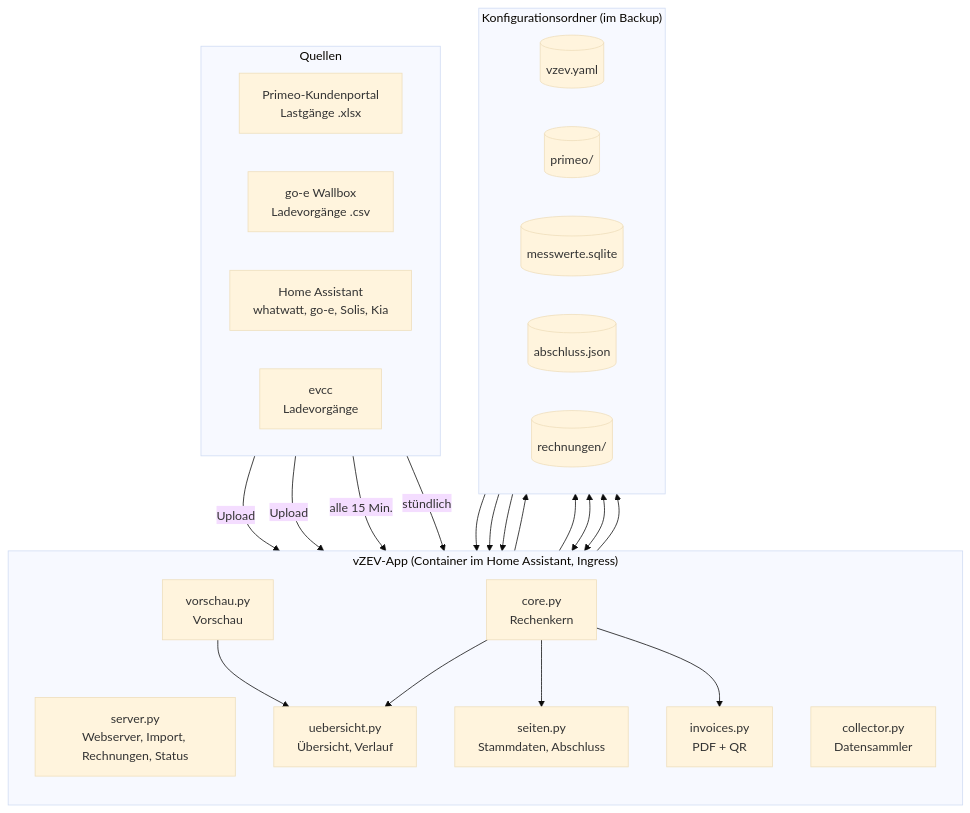
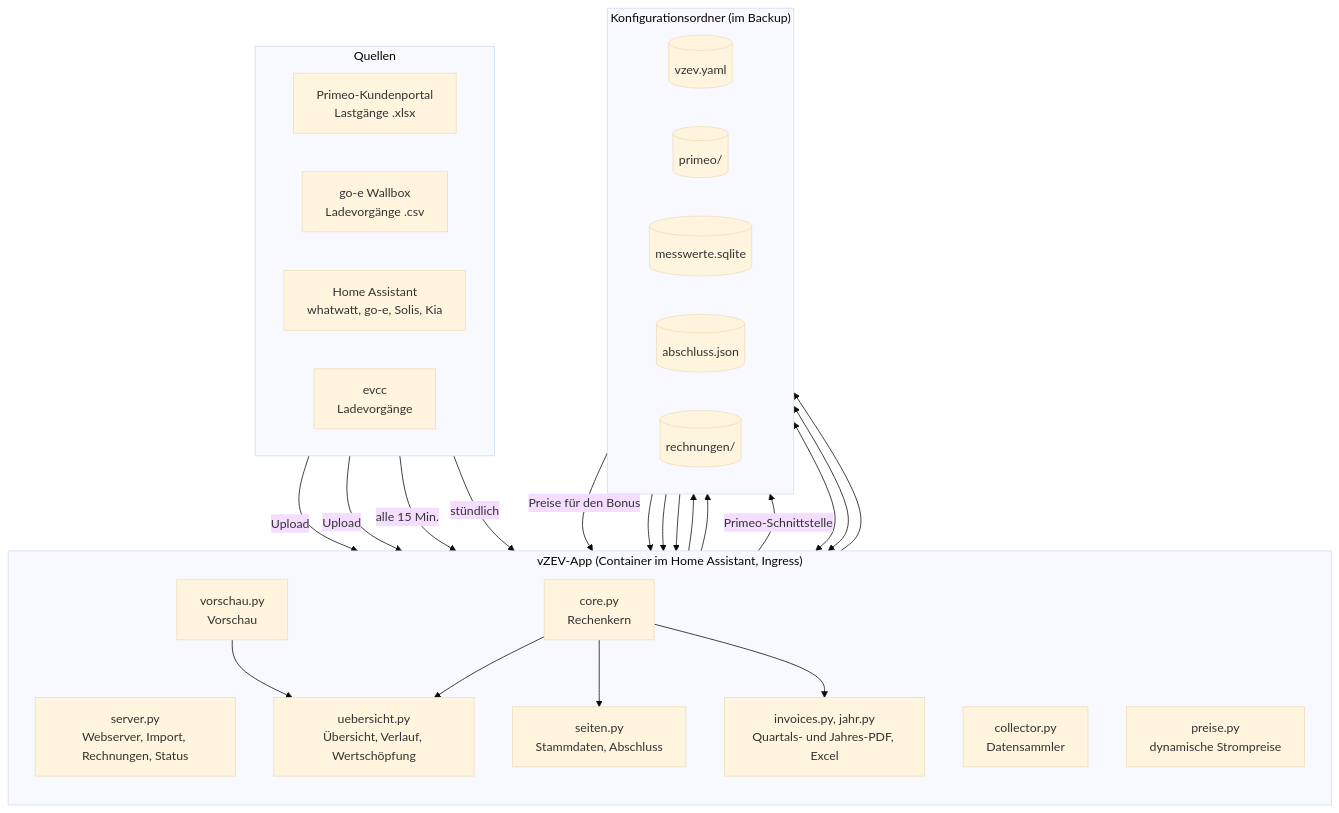
Before and after one commit to khu1985/vzev-ha: the first of 5 diagrams in README.md, drawn with Mermaid (base theme). The commit also changed other lines of this file and 8 other files, not shown here.

````diff
--- a/README.md
+++ b/README.md
@@ -25,44 +25,47 @@
 ```mermaid
 flowchart TB
     subgraph Quellen
         direction LR
         P["Primeo-Kundenportal<br/>Lastgänge .xlsx"]
         W["go-e Wallbox<br/>Ladevorgänge .csv"]
         HA["Home Assistant<br/>whatwatt, go-e, Solis, Kia"]
         E["evcc<br/>Ladevorgänge"]
     end
 
     subgraph App["vZEV-App (Container im Home Assistant, Ingress)"]
         direction TB
         S["server.py<br/>Webserver, Import, Rechnungen, Status"]
         CO["collector.py<br/>Datensammler"]
         C["core.py<br/>Rechenkern"]
         V["vorschau.py<br/>Vorschau"]
-        U["uebersicht.py<br/>Übersicht, Verlauf"]
+        U["uebersicht.py<br/>Übersicht, Verlauf, Wertschöpfung"]
         SE["seiten.py<br/>Stammdaten, Abschluss"]
-        I["invoices.py<br/>PDF + QR"]
+        I["invoices.py, jahr.py<br/>Quartals- und Jahres-PDF, Excel"]
+        PZ["preise.py<br/>dynamische Strompreise"]
     end
 
     subgraph Daten["Konfigurationsordner (im Backup)"]
         direction LR
         Y[("vzev.yaml")]
         PR[("primeo/")]
         DB[("messwerte.sqlite")]
         AB[("abschluss.json")]
         R[("rechnungen/")]
     end
 
     P & W -- Upload --> S --> PR
     HA -- "alle 15 Min." --> CO
     E -- stündlich --> CO
     CO --> DB
+    PZ -- "Primeo-Schnittstelle" --> DB
+    DB -- "Preise für den Bonus" --> C
     PR --> C
     Y --> C
     DB --> V
     C --> U
     V --> U
     C --> SE
     SE <--> Y
     SE <--> AB
     C --> I --> R
 ```
````
